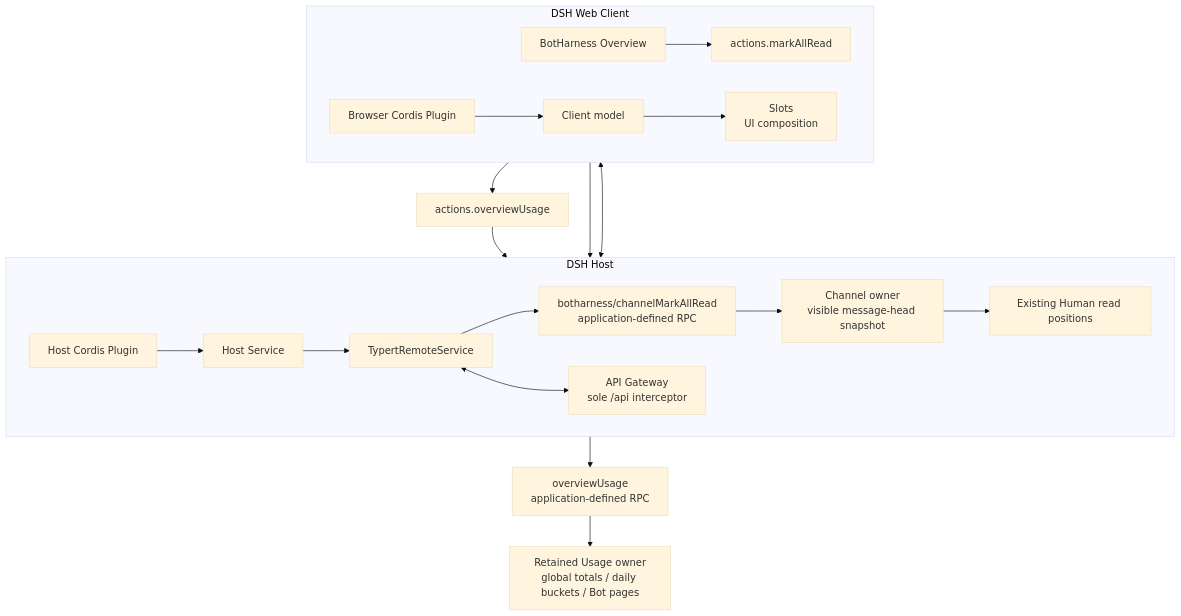
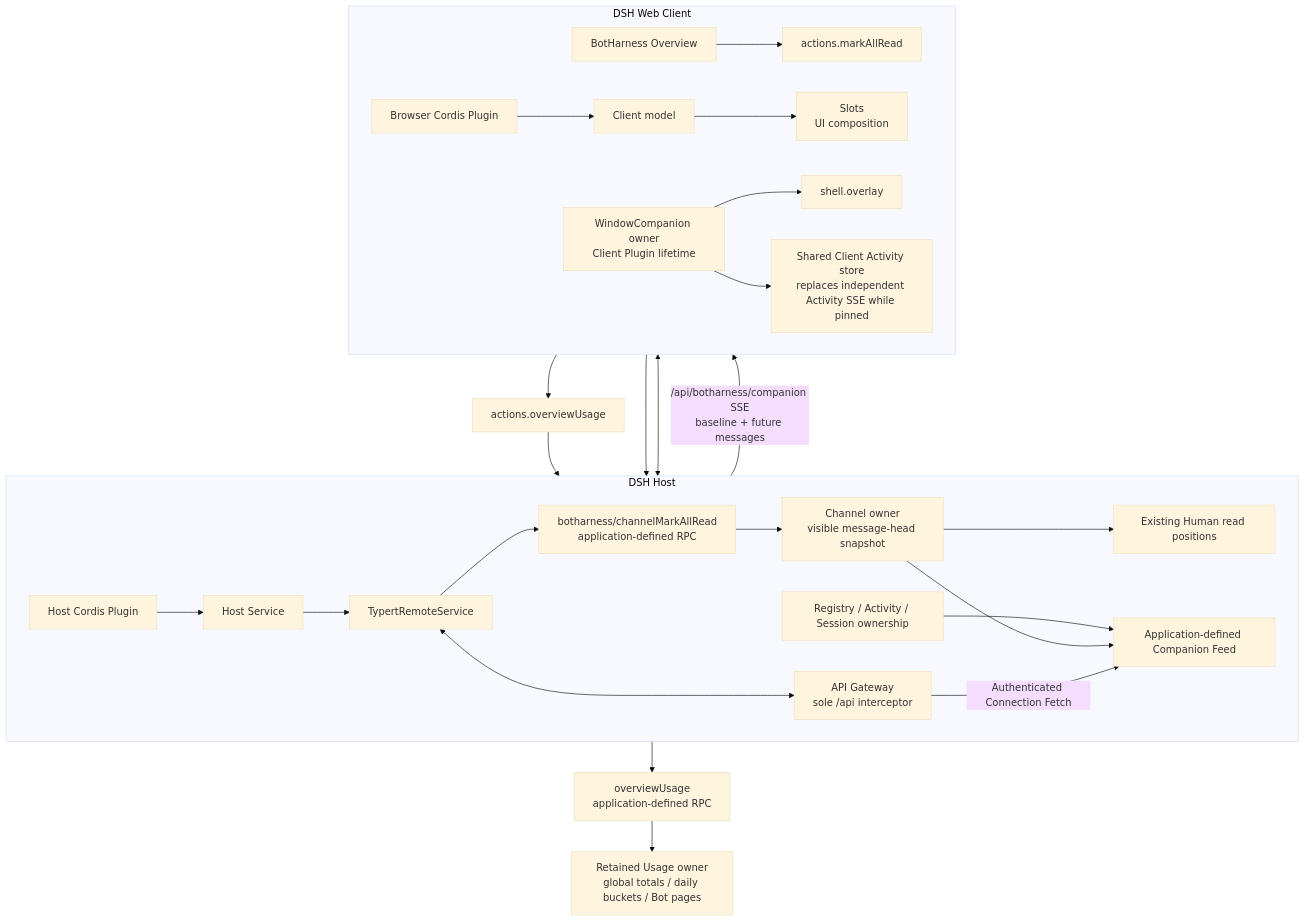
One commit to BotHarness/BotHarness changed the diagram in docs/architecture/diagrams/en/09-dsh-host-client.mmd. Above: the diagram before and after it, drawn with Mermaid (base theme). The commit also changed 14 other files, not shown here.

```diff
--- a/docs/architecture/diagrams/en/09-dsh-host-client.mmd
+++ b/docs/architecture/diagrams/en/09-dsh-host-client.mmd
@@ -1,22 +1,28 @@
 flowchart TB
   subgraph Host["DSH Host"]
     direction LR
     HostPlugin["Host Cordis Plugin"] --> Service["Host Service"]
     Service --> Remote["TypertRemoteService"]
     ReadRPC["botharness/channelMarkAllRead<br/>application-defined RPC"] --> Channels["Channel owner<br/>visible message-head snapshot"]
     Channels --> ReadPositions["Existing Human read positions"]
     Remote <--> Gateway["API Gateway<br/>sole /api interceptor"]
+    Registry["Registry / Activity / Session ownership"] --> Feed["Application-defined Companion Feed"]
+    Channels --> Feed
   end
   subgraph Browser["DSH Web Client"]
     direction LR
     ClientPlugin["Browser Cordis Plugin"] --> Model["Client model"]
     Overview["BotHarness Overview"] --> ReadAction["actions.markAllRead"]
     Model --> Slots["Slots<br/>UI composition"]
+    Companion["WindowCompanion owner<br/>Client Plugin lifetime"] --> Overlay["shell.overlay"]
+    Companion --> Activity["Shared Client Activity store<br/>replaces independent Activity SSE while pinned"]
   end
   Gateway <--> Model
+  Gateway -->|"Authenticated Connection Fetch"| Feed
+  Feed -->|"/api/botharness/companion SSE<br/>baseline + future messages"| Companion
   ReadAction --> Gateway
   Remote --> ReadRPC
   Overview --> UsageAction["actions.overviewUsage"]
   UsageAction --> Gateway
   Remote --> UsageRPC["overviewUsage<br/>application-defined RPC"]
   UsageRPC --> UsageOwner["Retained Usage owner<br/>global totals / daily buckets / Bot pages"]
```
